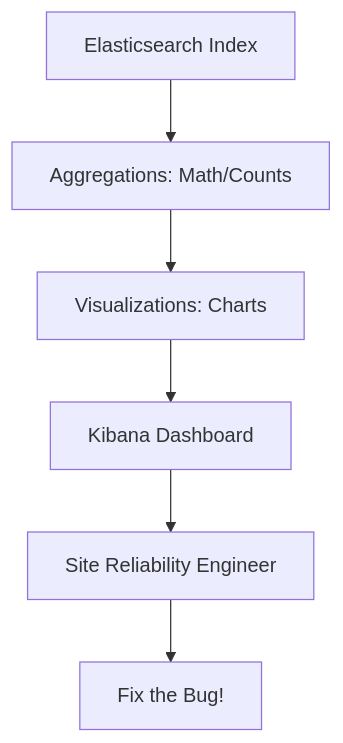
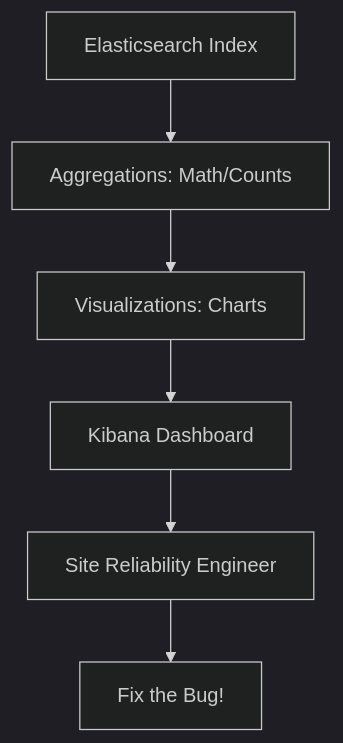
The diagram in documentation/05_Kibana_Observability.md (d-hackmt/ELK-STACK-DEMO), drawn with Mermaid before and after one commit. The commit also changed 7 other files, not shown here.

Commit message:
Enhance Mermaid diagram visibility and finalize documentation

````diff
--- a/documentation/05_Kibana_Observability.md
+++ b/documentation/05_Kibana_Observability.md
@@ -24,8 +24,9 @@
 ```mermaid
+%%{init: {'theme': 'dark', 'themeVariables': { 'primaryColor': 'gold' }}}%%
 graph TD
     Data[Elasticsearch Index] --> Agg[Aggregations: Math/Counts]
     Agg --> Viz[Visualizations: Charts]
     Viz --> Dashboard[Kibana Dashboard]
     Dashboard --> SRE[Site Reliability Engineer]
     SRE --> Action[Fix the Bug!]
 ```
````
